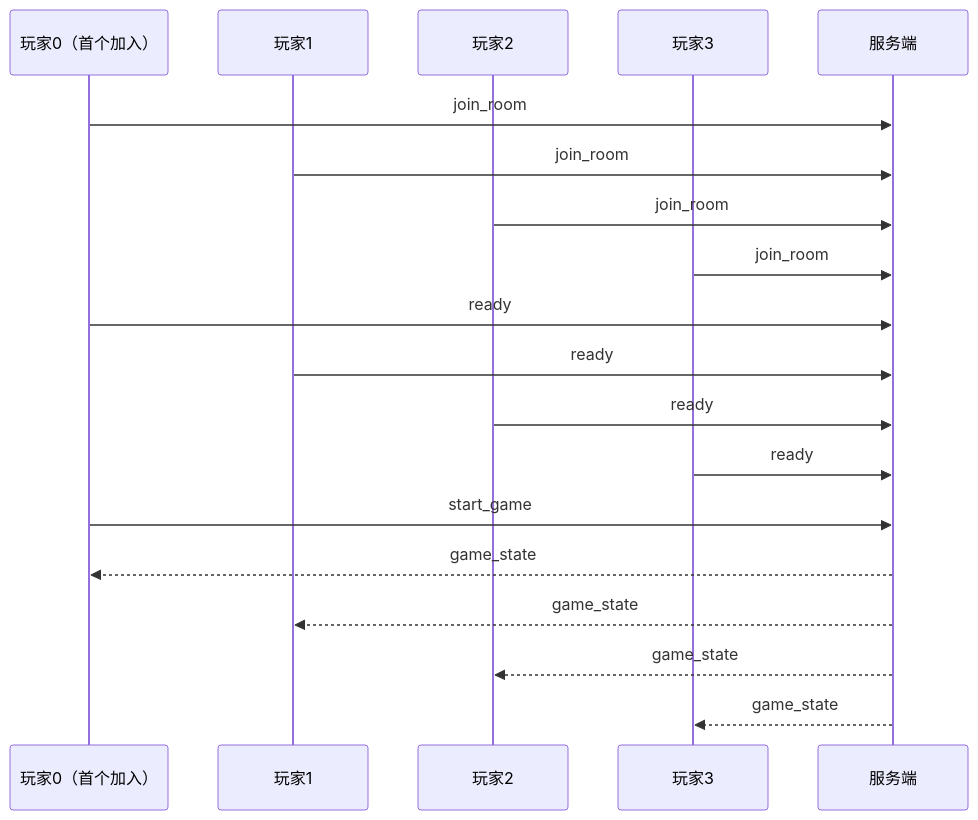
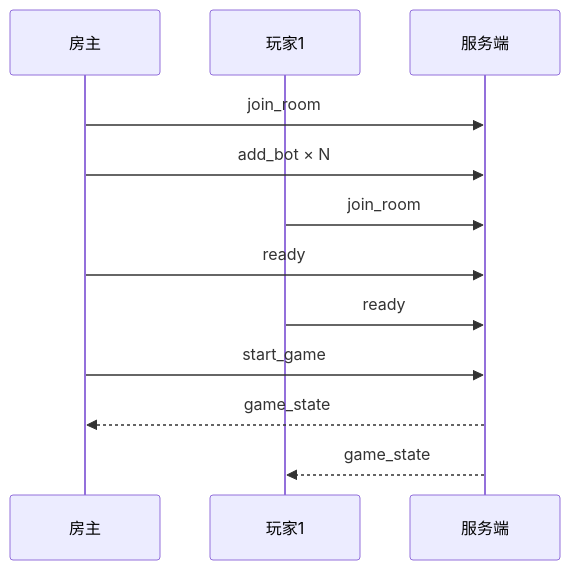
Before and after one commit to linluo77330/-: the diagram in docs/联机参与说明.md, drawn with Mermaid. The commit also changed other lines of this file and 18 other files, not shown here.

````diff
--- a/docs/联机参与说明.md
+++ b/docs/联机参与说明.md
@@ -68,22 +72,15 @@
 ```mermaid
 sequenceDiagram
-  participant P0 as 玩家0（首个加入）
+  participant Host as 房主
   participant P1 as 玩家1
-  participant P2 as 玩家2
-  participant P3 as 玩家3
   participant S as 服务端
 
-  P0->>S: join_room
+  Host->>S: join_room
+  Host->>S: add_bot × N
   P1->>S: join_room
-  P2->>S: join_room
-  P3->>S: join_room
-  P0->>S: ready
+  Host->>S: ready
   P1->>S: ready
-  P2->>S: ready
-  P3->>S: ready
-  P0->>S: start_game
-  S-->>P0: game_state
+  Host->>S: start_game
+  S-->>Host: game_state
   S-->>P1: game_state
-  S-->>P2: game_state
-  S-->>P3: game_state
 ```
````
